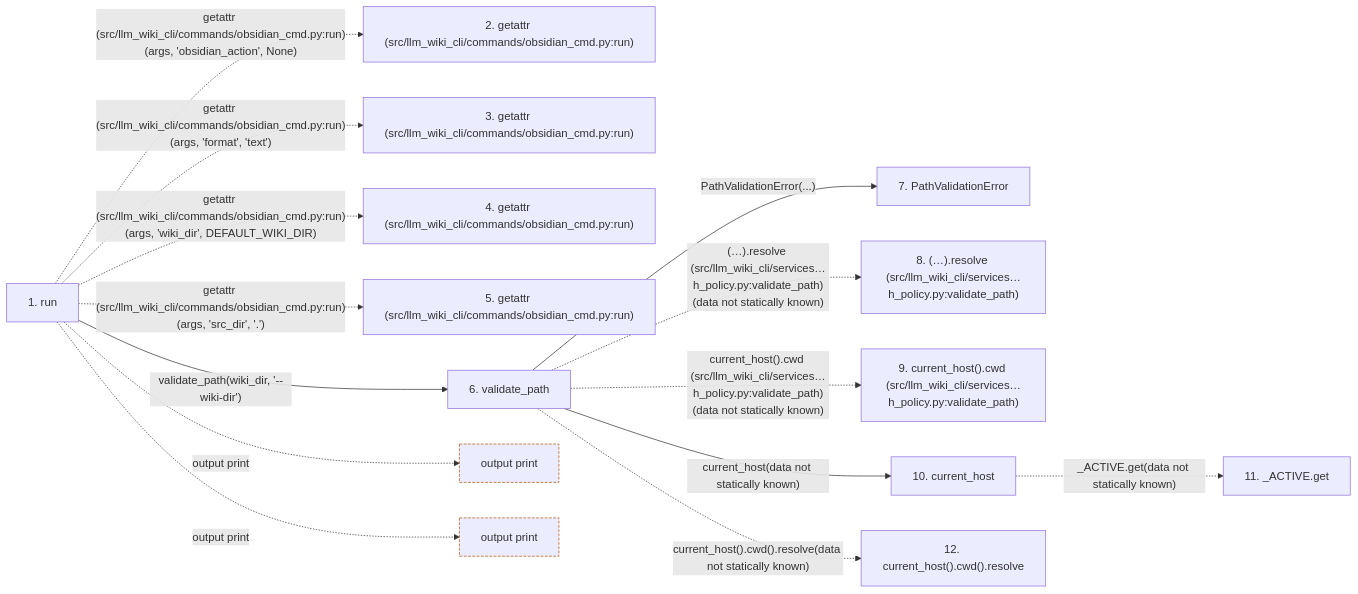
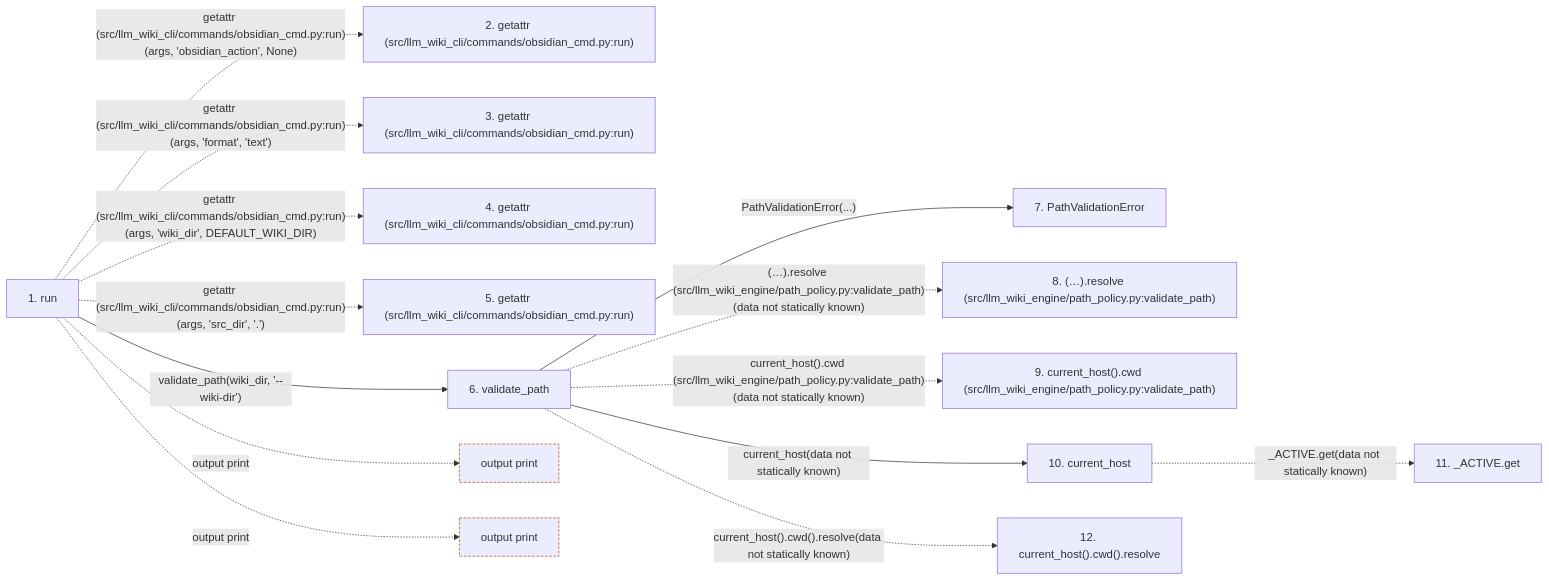
Before and after one commit to Denissvgn/python-wiki-llm: the second of 2 diagrams in docs/llm_wiki/flows/cli-obsidian.md, drawn with Mermaid. The commit also changed other lines of this file and 739 other files, not shown here.

First line of the commit message:
docs: refresh the wiki for the second engine batch

````diff
--- a/docs/llm_wiki/flows/cli-obsidian.md
+++ b/docs/llm_wiki/flows/cli-obsidian.md
@@ -190,37 +190,37 @@
 ```mermaid
 flowchart LR
     s1["1. run"]
     s2["2. getattr (src/llm_wiki_cli/commands/obsidian_cmd.py:run)"]
     s3["3. getattr (src/llm_wiki_cli/commands/obsidian_cmd.py:run)"]
     s4["4. getattr (src/llm_wiki_cli/commands/obsidian_cmd.py:run)"]
     s5["5. getattr (src/llm_wiki_cli/commands/obsidian_cmd.py:run)"]
     s6["6. validate_path"]
     s7["7. PathValidationError"]
-    s8["8. (…).resolve (src/llm_wiki_cli/services…h_policy.py:validate_path)"]
-    s9["9. current_host().cwd (src/llm_wiki_cli/services…h_policy.py:validate_path)"]
+    s8["8. (…).resolve (src/llm_wiki_engine/path_policy.py:validate_path)"]
+    s9["9. current_host().cwd (src/llm_wiki_engine/path_policy.py:validate_path)"]
     s10["10. current_host"]
     s11["11. _ACTIVE.get"]
     s12["12. current_host().cwd().resolve"]
     s1 -. "getattr (src/llm_wiki_cli/commands/obsidian_cmd.py:run)(args, 'obsidian_action', None)" .-> s2
     s1 -. "getattr (src/llm_wiki_cli/commands/obsidian_cmd.py:run)(args, 'format', 'text')" .-> s3
     s1 -. "getattr (src/llm_wiki_cli/commands/obsidian_cmd.py:run)(args, 'wiki_dir', DEFAULT_WIKI_DIR)" .-> s4
     s1 -. "getattr (src/llm_wiki_cli/commands/obsidian_cmd.py:run)(args, 'src_dir', '.')" .-> s5
     s1 -->|"validate_path(wiki_dir, '--wiki-dir')"| s6
     s6 -->|"PathValidationError(...)"| s7
-    s6 -. "(…).resolve (src/llm_wiki_cli/services…h_policy.py:validate_path)(data not statically known)" .-> s8
-    s6 -. "current_host().cwd (src/llm_wiki_cli/services…h_policy.py:validate_path)(data not statically known)" .-> s9
+    s6 -. "(…).resolve (src/llm_wiki_engine/path_policy.py:validate_path)(data not statically known)" .-> s8
+    s6 -. "current_host().cwd (src/llm_wiki_engine/path_policy.py:validate_path)(data not statically known)" .-> s9
     s6 -->|"current_host(data not statically known)"| s10
     s10 -. "_ACTIVE.get(data not statically known)" .-> s11
     s6 -. "current_host().cwd().resolve(data not statically known)" .-> s12
     b0["output print"]
     s1 -. "output print" .-> b0
     b1["output print"]
     s1 -. "output print" .-> b1
     click s1 "../modules/obsidian_cmd.md"
     click s6 "../modules/path_policy.md"
     click s7 "../modules/path_policy.md"
     click s10 "../modules/host.md"
     classDef boundary stroke:#b45309,stroke-dasharray: 4 2
     class b0 boundary
     class b1 boundary
 ```
````
